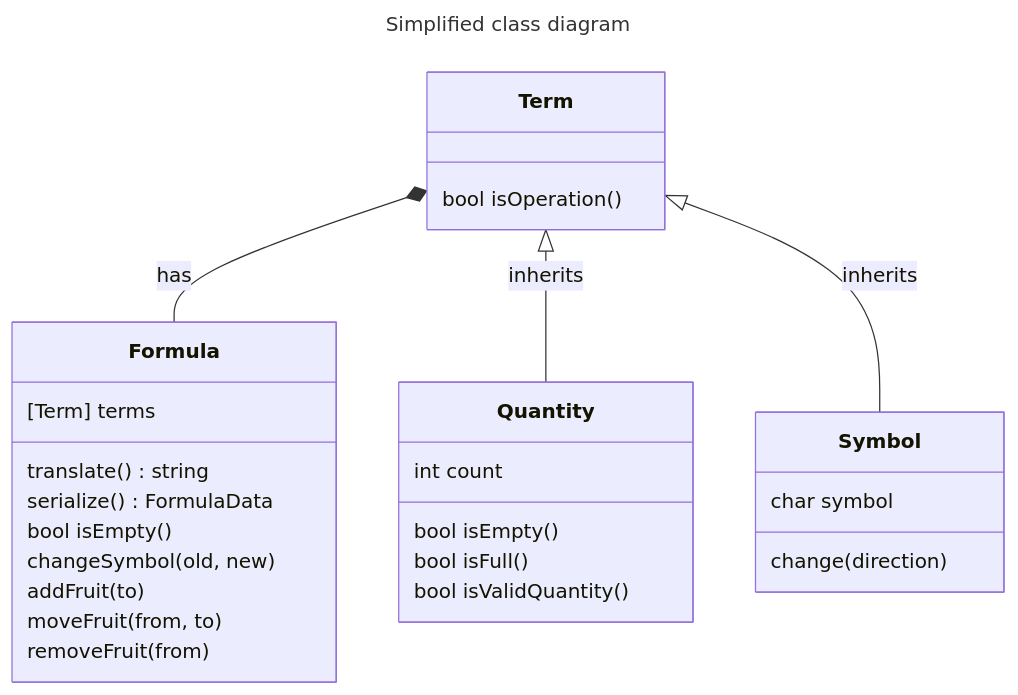
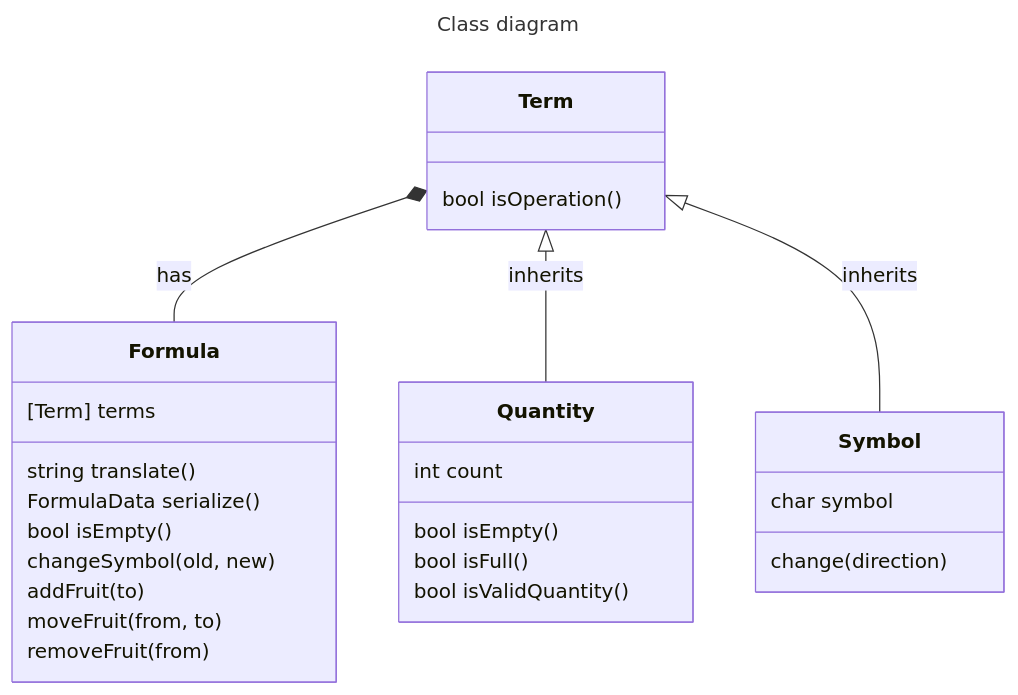
One commit to jrinconada/Documentamelon changed the diagram in README.md. Above: the diagram before and after it, drawn with Mermaid. The commit also changed other lines of this file, not shown here.

````diff
--- a/README.md
+++ b/README.md
@@ -76,32 +76,32 @@
 ```mermaid
 ---
-title: Simplified class diagram
+title: Class diagram
 ---
 classDiagram
     Term *-- Formula : has
     Term <|-- Quantity : inherits
     Term <|-- Symbol : inherits
     class Formula {
         [Term] terms
-        translate() string
-        serialize() FormulaData
+        string translate()
+        FormulaData serialize()
         bool isEmpty()
         changeSymbol(old, new)
         addFruit(to)
         moveFruit(from, to)
         removeFruit(from)        
     }
     class Term {
         bool isOperation() 
     }
     class Quantity {
         int count
         bool isEmpty()
         bool isFull()
         bool isValidQuantity()
     }
     class Symbol {
         char symbol
         change(direction)
     }
 ```
````
